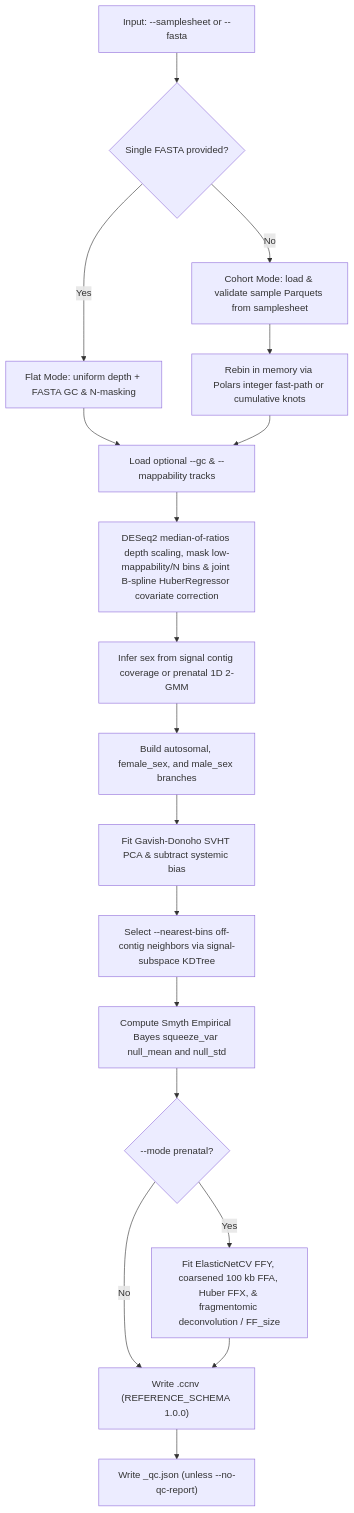
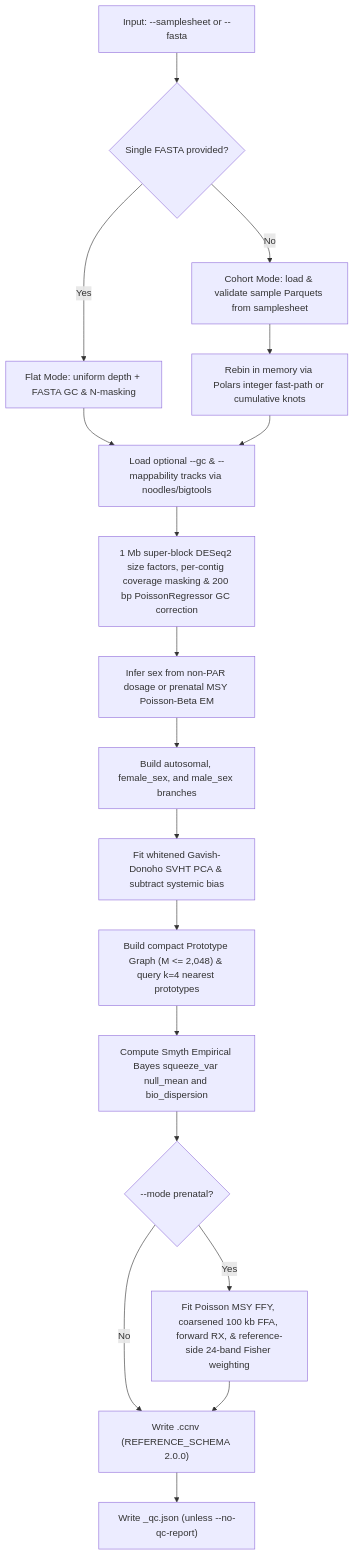
The third of 4 diagrams in docs/pipeline.md (matthdsm/ccnv), drawn with Mermaid before and after one commit. The commit also changed other lines of this file and 15 other files, not shown here.

Commit message:
docs: update architecture, methodology, CLI, and module docs for ccnv v2

````diff
--- a/docs/pipeline.md
+++ b/docs/pipeline.md
@@ -56,20 +57,20 @@
 ```mermaid
 flowchart TD
     InputArg["Input: --samplesheet or --fasta"] --> ModeDecision{"Single FASTA provided?"}
     ModeDecision -- Yes --> FlatMode["Flat Mode: uniform depth + FASTA GC & N-masking"]
     ModeDecision -- No --> CohortMode["Cohort Mode: load & validate sample Parquets from samplesheet"]
     CohortMode --> RebinCheck["Rebin in memory via Polars integer fast-path or cumulative knots"]
-    FlatMode --> CovTrack["Load optional --gc & --mappability tracks"]
+    FlatMode --> CovTrack["Load optional --gc & --mappability tracks via noodles/bigtools"]
     RebinCheck --> CovTrack
-    CovTrack --> DepthNorm["DESeq2 median-of-ratios depth scaling, mask low-mappability/N bins & joint B-spline HuberRegressor covariate correction"]
-    DepthNorm --> SexInference["Infer sex from signal contig coverage or prenatal 1D 2-GMM"]
+    CovTrack --> DepthNorm["1 Mb super-block DESeq2 size factors, per-contig coverage masking & 200 bp PoissonRegressor GC correction"]
+    DepthNorm --> SexInference["Infer sex from non-PAR dosage or prenatal MSY Poisson-Beta EM"]
     SexInference --> BranchPartition["Build autosomal, female_sex, and male_sex branches"]
-    BranchPartition --> FitPCA["Fit Gavish-Donoho SVHT PCA & subtract systemic bias"]
-    FitPCA --> FitNearest["Select --nearest-bins off-contig neighbors via signal-subspace KDTree"]
-    FitNearest --> FitNull["Compute Smyth Empirical Bayes squeeze_var null_mean and null_std"]
+    BranchPartition --> FitPCA["Fit whitened Gavish-Donoho SVHT PCA & subtract systemic bias"]
+    FitPCA --> FitPrototypes["Build compact Prototype Graph (M <= 2,048) & query k=4 nearest prototypes"]
+    FitPrototypes --> FitNull["Compute Smyth Empirical Bayes squeeze_var null_mean and bio_dispersion"]
     FitNull --> PrenatalCheck{"--mode prenatal?"}
-    PrenatalCheck -- Yes --> FitPrenatal["Fit ElasticNetCV FFY, coarsened 100 kb FFA, Huber FFX, & fragmentomic deconvolution / FF_size"]
-    PrenatalCheck -- No --> WriteRef["Write <prefix>.ccnv (REFERENCE_SCHEMA 1.0.0)"]
+    PrenatalCheck -- Yes --> FitPrenatal["Fit Poisson MSY FFY, coarsened 100 kb FFA, forward RX, & reference-side 24-band Fisher weighting"]
+    PrenatalCheck -- No --> WriteRef["Write <prefix>.ccnv (REFERENCE_SCHEMA 2.0.0)"]
     FitPrenatal --> WriteRef
     WriteRef --> WriteQC["Write <prefix>_qc.json (unless --no-qc-report)"]
 ```
````
